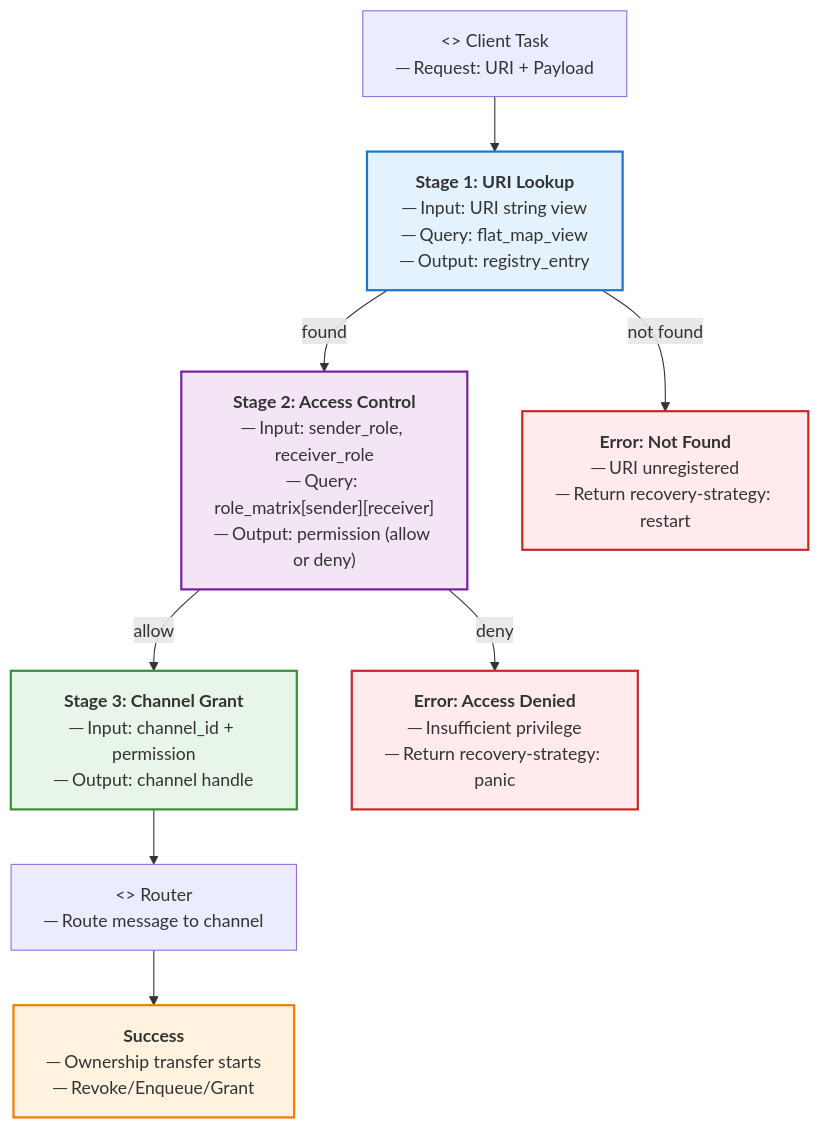
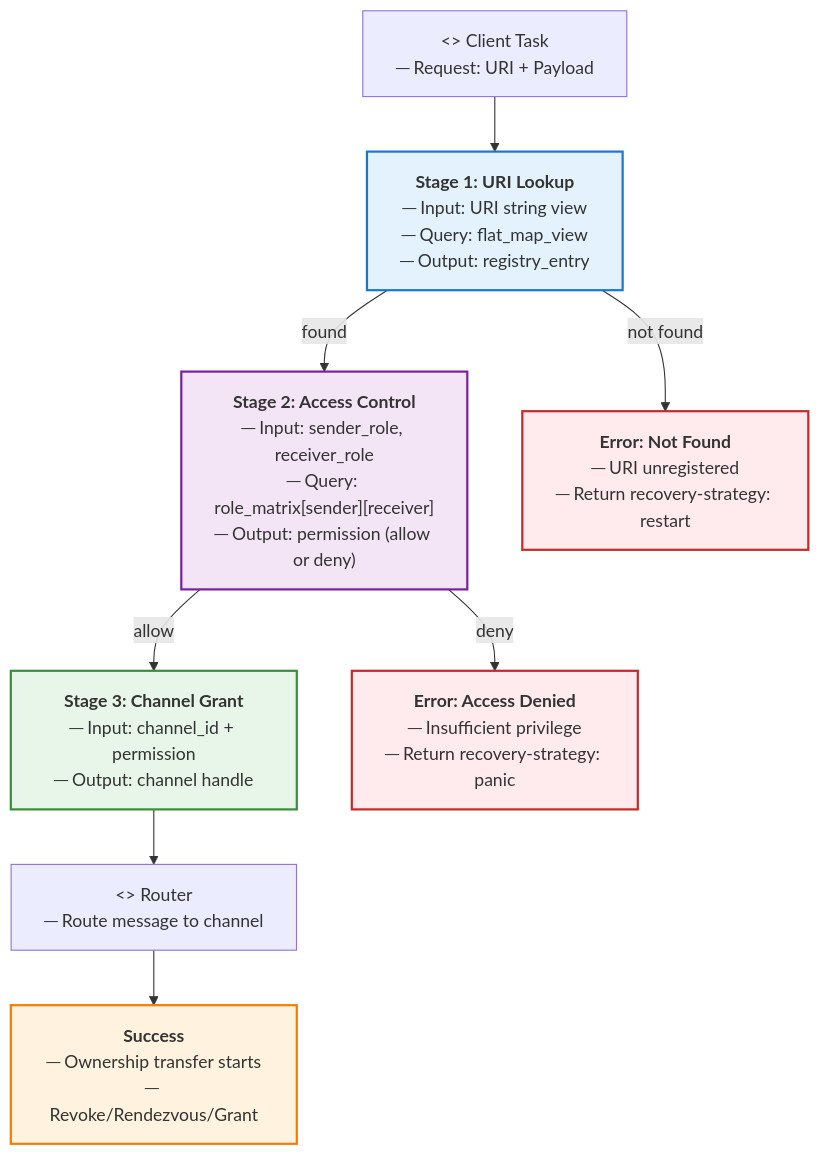
Before and after one commit to kmt-t/fireball: the second of 6 diagrams in docs/components/tier1_interface/ipc_router.md, drawn with Mermaid. The commit also changed other lines of this file and 80 other files, not shown here.

````diff
--- a/docs/components/tier1_interface/ipc_router.md
+++ b/docs/components/tier1_interface/ipc_router.md
@@ -228,33 +244,33 @@
 ```mermaid
 graph TD
     Client["<<block>> Client Task<br/>─ Request: URI + Payload"]
     
     Lookup["<b>Stage 1: URI Lookup</b><br/>─ Input: URI string view<br/>─ Query: flat_map_view<br/>─ Output: registry_entry"]
     
     ACCheck["<b>Stage 2: Access Control</b><br/>─ Input: sender_role, receiver_role<br/>─ Query: role_matrix[sender][receiver]<br/>─ Output: permission (allow or deny)"]
     
     ChGrant["<b>Stage 3: Channel Grant</b><br/>─ Input: channel_id + permission<br/>─ Output: channel handle"]
     
     Router["<<block>> Router<br/>─ Route message to channel"]
     
     Error1["<b>Error: Not Found</b><br/>─ URI unregistered<br/>─ Return recovery-strategy: restart"]
     
     Error2["<b>Error: Access Denied</b><br/>─ Insufficient privilege<br/>─ Return recovery-strategy: panic"]
     
-    Success["<b>Success</b><br/>─ Ownership transfer starts<br/>─ Revoke/Enqueue/Grant"]
+    Success["<b>Success</b><br/>─ Ownership transfer starts<br/>─ Revoke/Rendezvous/Grant"]
     
     Client --> Lookup
     Lookup -->|found| ACCheck
     Lookup -->|not found| Error1
     ACCheck -->|allow| ChGrant
     ACCheck -->|deny| Error2
     ChGrant --> Router
     Router --> Success
     
     style Lookup fill:#e3f2fd,stroke:#1976d2,stroke-width:2px
     style ACCheck fill:#f3e5f5,stroke:#7b1fa2,stroke-width:2px
     style ChGrant fill:#e8f5e9,stroke:#388e3c,stroke-width:2px
     style Success fill:#fff3e0,stroke:#f57c00,stroke-width:2px
     style Error1 fill:#ffebee,stroke:#c62828,stroke-width:2px
     style Error2 fill:#ffebee,stroke:#c62828,stroke-width:2px
 ```
````
